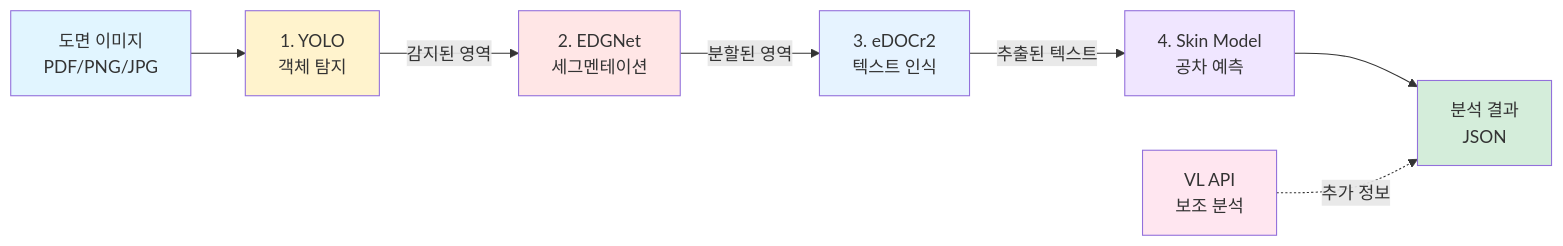
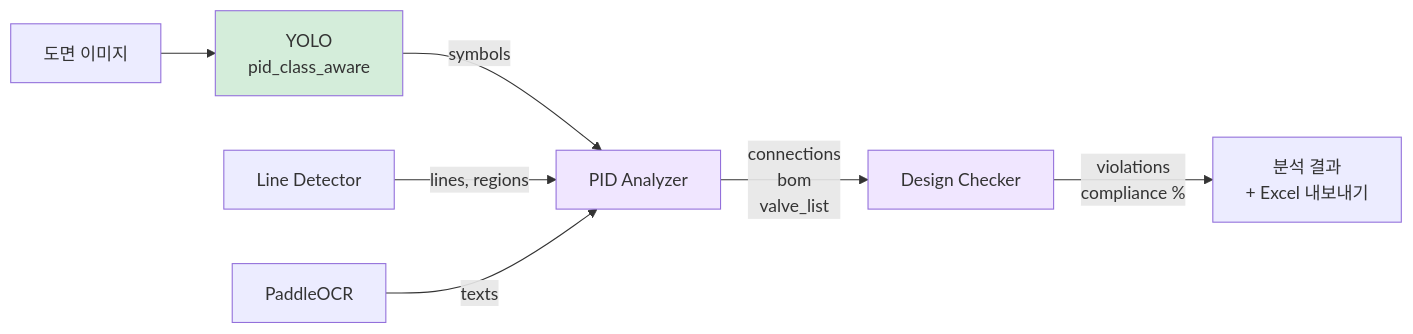
One commit to uprootai/AX_OCR changed the third of 6 diagrams in web-ui/public/docs/architecture/system-architecture.md. Above: the diagram before and after it, drawn with Mermaid. The commit also changed other lines of this file and 116 other files, not shown here.

````diff
--- a/web-ui/public/docs/architecture/system-architecture.md
+++ b/web-ui/public/docs/architecture/system-architecture.md
@@ -110,22 +158,18 @@
 ```mermaid
 graph LR
-    INPUT[도면 이미지<br/>PDF/PNG/JPG] --> YOLO
+    IMG[도면 이미지] --> YOLO
 
-    YOLO[1. YOLO<br/>객체 탐지] --> |감지된 영역| EDGNET
+    YOLO[YOLO<br/>pid_class_aware] --> |symbols| PID
+    LINE[Line Detector] --> |lines, regions| PID
+    PADDLE[PaddleOCR] --> |texts| PID
 
-    EDGNET[2. EDGNet<br/>세그멘테이션] --> |분할된 영역| EDOCR
+    PID[PID Analyzer] --> |connections<br/>bom<br/>valve_list| CHECK
 
-    EDOCR[3. eDOCr2<br/>텍스트 인식] --> |추출된 텍스트| SKIN
+    CHECK[Design Checker] --> |violations<br/>compliance %| RESULT
 
-    SKIN[4. Skin Model<br/>공차 예측] --> OUTPUT[분석 결과<br/>JSON]
+    RESULT[분석 결과<br/>+ Excel 내보내기]
 
-    VL[VL API<br/>보조 분석] -.-> |추가 정보| OUTPUT
-
-    style INPUT fill:#e1f5ff
-    style OUTPUT fill:#d4edda
-    style YOLO fill:#fff3cd
-    style EDGNET fill:#ffe6e6
-    style EDOCR fill:#e6f3ff
-    style SKIN fill:#f0e6ff
-    style VL fill:#ffe6f0
+    style YOLO fill:#d4edda
+    style PID fill:#f0e6ff
+    style CHECK fill:#f0e6ff
 ```
````
